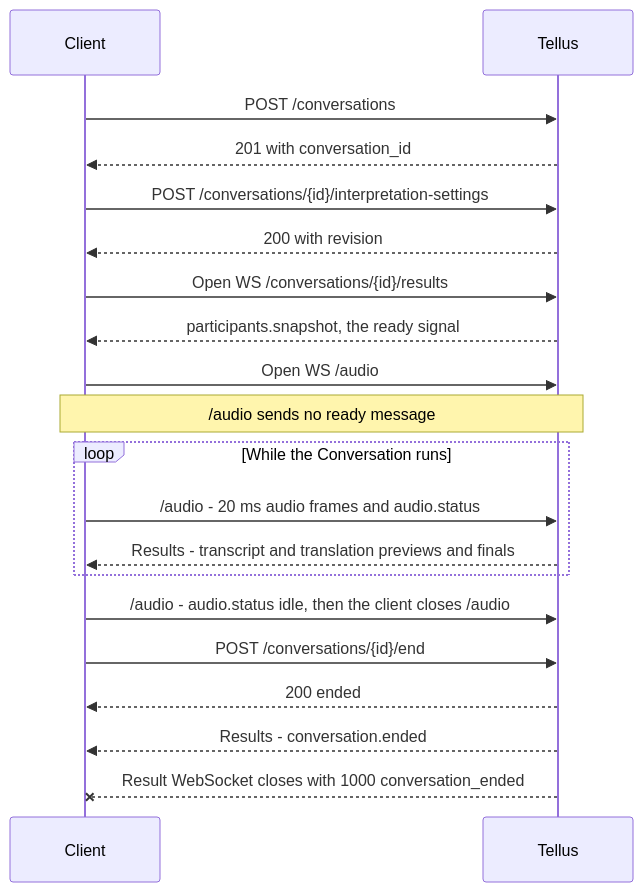
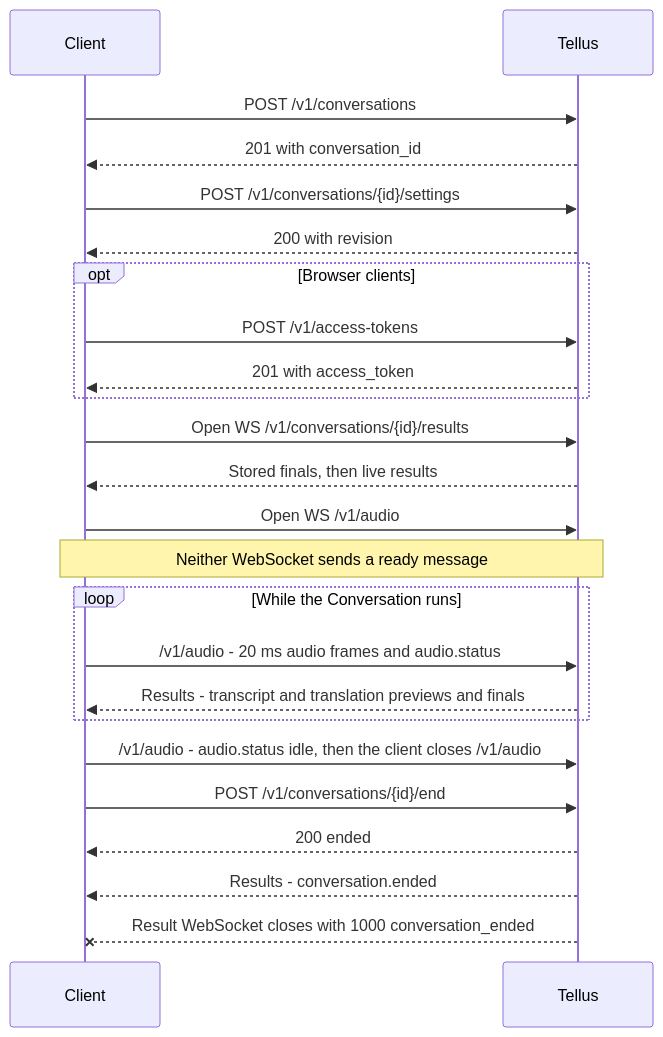
The first of 4 diagrams in README.md (tellus-ai/Tellus-realtime-translate-example), drawn with Mermaid before and after one commit. The commit also changed other lines of this file and 73 other files, not shown here.

````diff
--- a/README.md
+++ b/README.md
@@ -75,23 +102,27 @@
 ```mermaid
 sequenceDiagram
     participant C as Client
     participant T as Tellus
 
-    C->>T: POST /conversations
+    C->>T: POST /v1/conversations
     T-->>C: 201 with conversation_id
-    C->>T: POST /conversations/{id}/interpretation-settings
+    C->>T: POST /v1/conversations/{id}/settings
     T-->>C: 200 with revision
-    C->>T: Open WS /conversations/{id}/results
-    T-->>C: participants.snapshot, the ready signal
-    C->>T: Open WS /audio
-    Note over C,T: /audio sends no ready message
+    opt Browser clients
+        C->>T: POST /v1/access-tokens
+        T-->>C: 201 with access_token
+    end
+    C->>T: Open WS /v1/conversations/{id}/results
+    T-->>C: Stored finals, then live results
+    C->>T: Open WS /v1/audio
+    Note over C,T: Neither WebSocket sends a ready message
     loop While the Conversation runs
-        C->>T: /audio - 20 ms audio frames and audio.status
+        C->>T: /v1/audio - 20 ms audio frames and audio.status
         T-->>C: Results - transcript and translation previews and finals
     end
-    C->>T: /audio - audio.status idle, then the client closes /audio
-    C->>T: POST /conversations/{id}/end
+    C->>T: /v1/audio - audio.status idle, then the client closes /v1/audio
+    C->>T: POST /v1/conversations/{id}/end
     T-->>C: 200 ended
     T-->>C: Results - conversation.ended
     T--xC: Result WebSocket closes with 1000 conversation_ended
 ```
````
